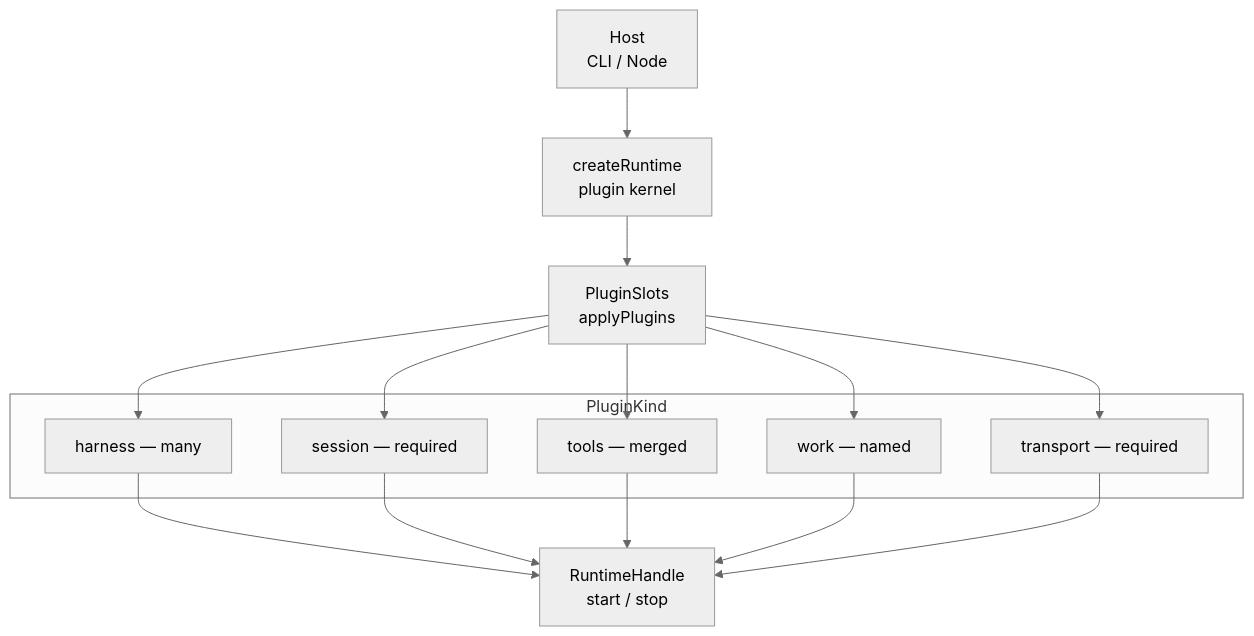
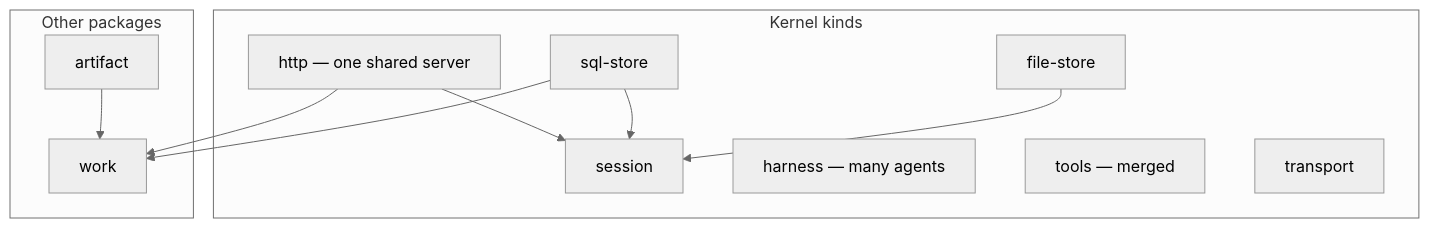
The diagram in packages/agent-runtime/README.md (buildautomaton/meta-harness), drawn with Mermaid (neutral theme) before and after one commit. The commit also changed other lines of this file and 273 other files, not shown here.

````diff
--- a/packages/agent-runtime/README.md
+++ b/packages/agent-runtime/README.md
@@ -49,25 +40,22 @@
 ```mermaid
 flowchart TB
-  host["Host<br/>CLI / Node"]
-  create["createRuntime<br/>plugin kernel"]
-  slots["PluginSlots<br/>applyPlugins"]
-  subgraph kinds [PluginKind]
-    harness["harness — many"]
-    session["session — required"]
+  subgraph kernel [Kernel kinds]
+    fileStore["file-store"]
+    sqlStore["sql-store"]
+    http["http — one shared server"]
+    session["session"]
+    harness["harness — many agents"]
     tools["tools — merged"]
-    work["work — named"]
-    transport["transport — required"]
+    transport["transport"]
   end
-  handle["RuntimeHandle<br/>start / stop"]
-  host --> create --> slots
-  slots --> harness
-  slots --> session
-  slots --> tools
-  slots --> work
-  slots --> transport
-  harness --> handle
-  session --> handle
-  tools --> handle
-  work --> handle
-  transport --> handle
+  subgraph extra [Other packages]
+    work["work"]
+    artifact["artifact"]
+  end
+  fileStore --> session
+  sqlStore --> session
+  sqlStore --> work
+  http --> session
+  http --> work
+  artifact --> work
 ```
````
